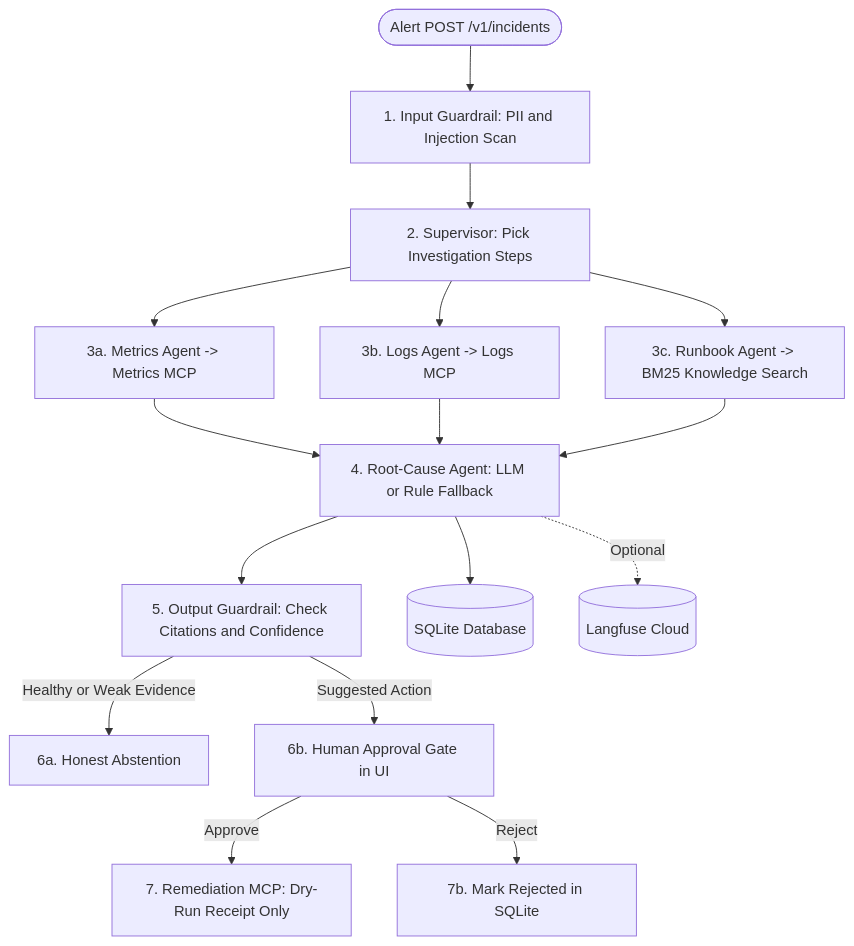
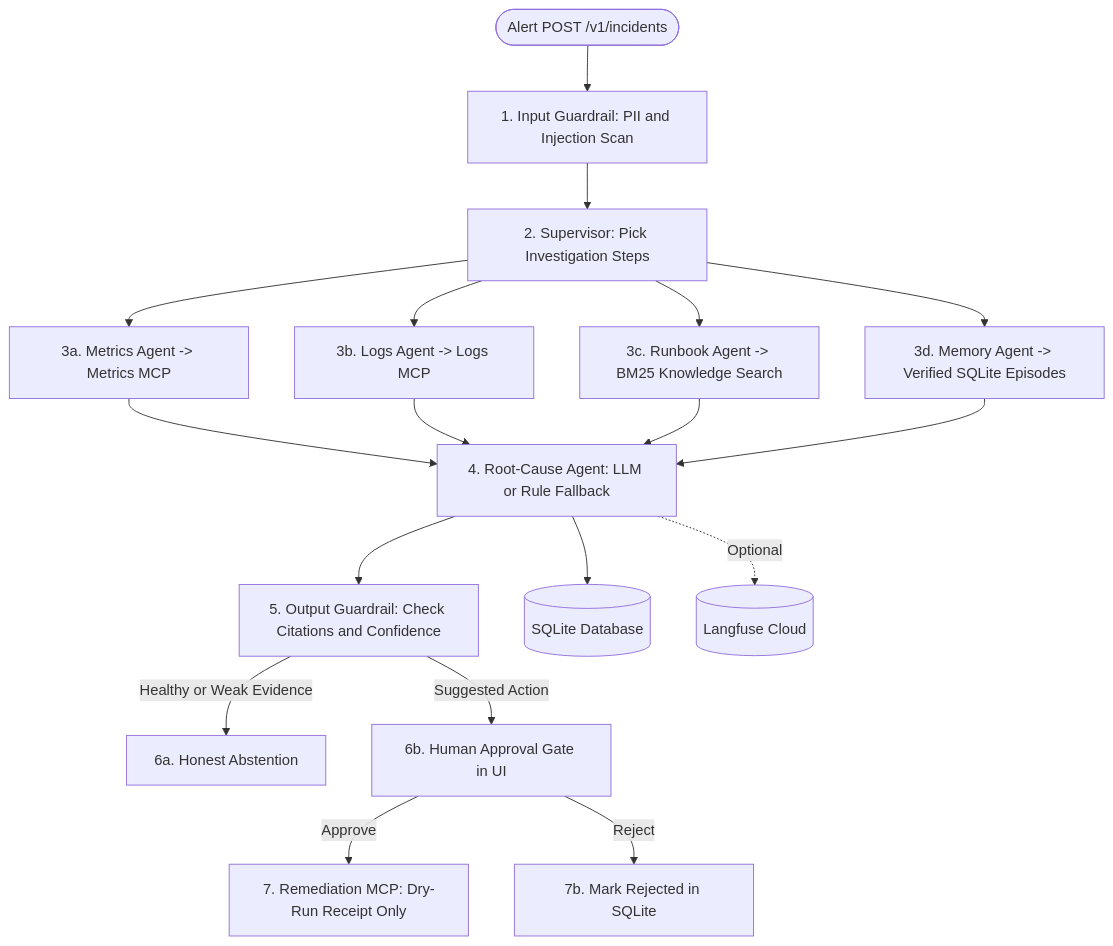
The diagram in README.md (MayankV004/incidentiq), drawn with Mermaid before and after one commit. The commit also changed other lines of this file and 24 other files, not shown here.

Commit message:
feat: add agent memory, live incident capture, Prometheus monitoring, and feedback scoring

````diff
--- a/README.md
+++ b/README.md
@@ -25,22 +25,24 @@
 ```mermaid
 flowchart TD
   Alert([Alert POST /v1/incidents]) --> InputGuard[1. Input Guardrail: PII and Injection Scan]
   InputGuard --> Supervisor[2. Supervisor: Pick Investigation Steps]
 
   Supervisor --> MetricsAgent[3a. Metrics Agent -> Metrics MCP]
   Supervisor --> LogsAgent[3b. Logs Agent -> Logs MCP]
   Supervisor --> RunbookAgent[3c. Runbook Agent -> BM25 Knowledge Search]
+  Supervisor --> MemoryAgent[3d. Memory Agent -> Verified SQLite Episodes]
 
   MetricsAgent --> RootCause[4. Root-Cause Agent: LLM or Rule Fallback]
   LogsAgent --> RootCause
   RunbookAgent --> RootCause
+  MemoryAgent --> RootCause
 
   RootCause --> OutputGuard[5. Output Guardrail: Check Citations and Confidence]
   OutputGuard -->|Healthy or Weak Evidence| Abstain[6a. Honest Abstention]
   OutputGuard -->|Suggested Action| Approval[6b. Human Approval Gate in UI]
   Approval -->|Approve| DryRun[7. Remediation MCP: Dry-Run Receipt Only]
   Approval -->|Reject| Rejected[7b. Mark Rejected in SQLite]
 
   RootCause --> SQLite[(SQLite Database)]
   RootCause -.->|Optional| Langfuse[(Langfuse Cloud)]
 ```
````
